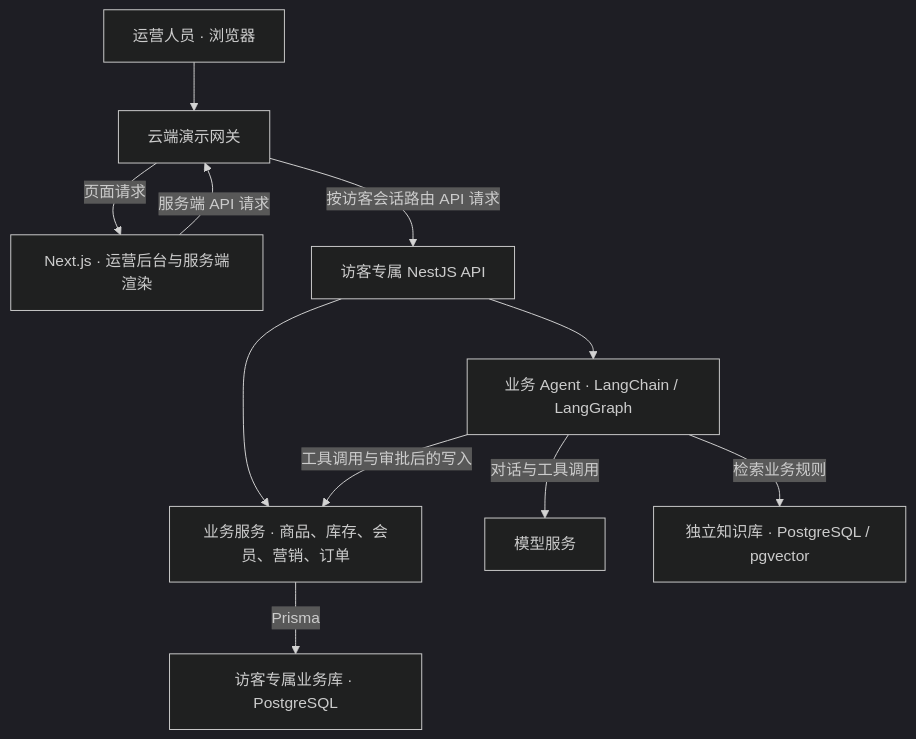
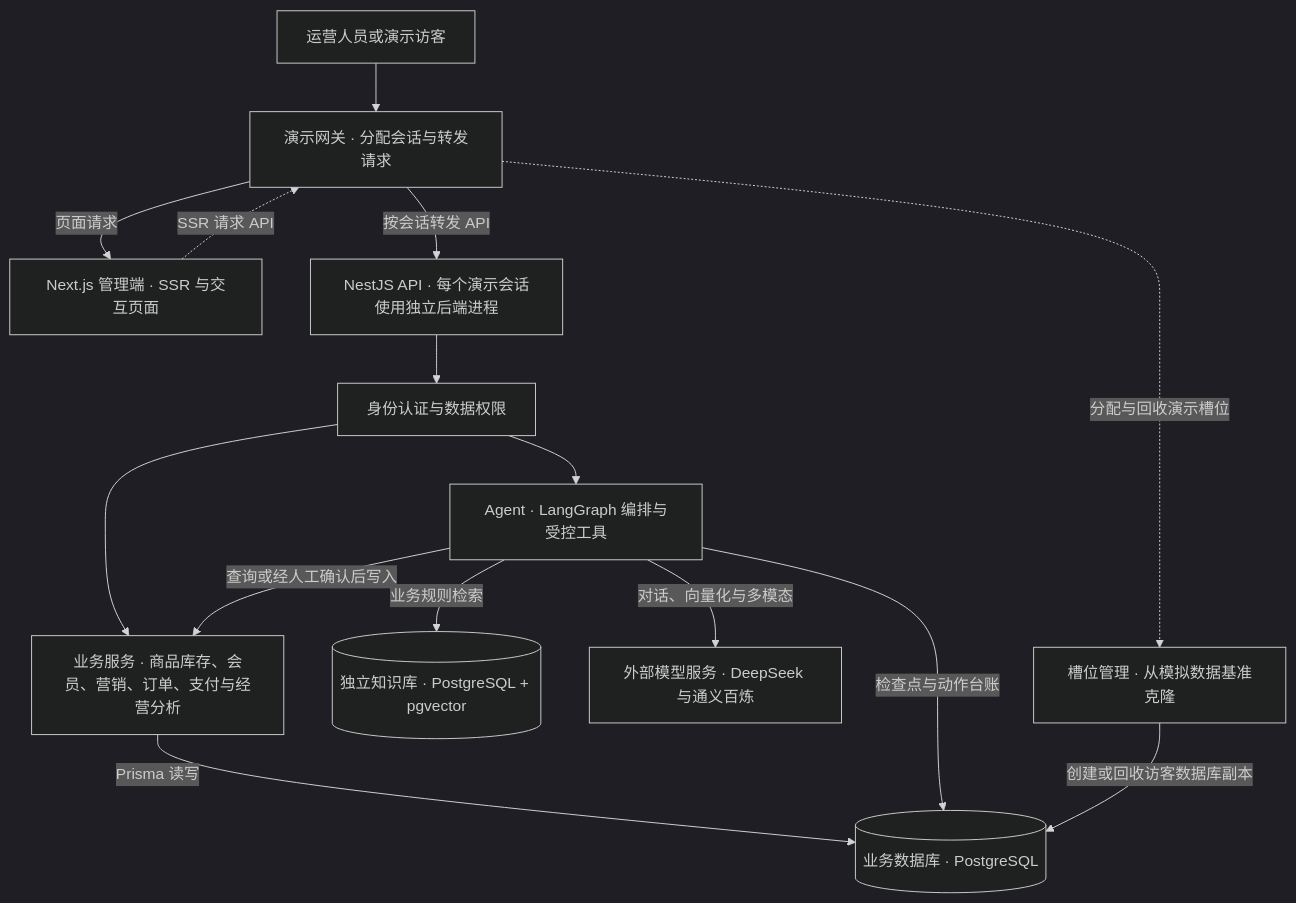
One commit to MMMMMrClown/commerce-assistant-showcase changed the first of 2 diagrams in README.md. Above: the diagram before and after it, drawn with Mermaid (dark theme). The commit also changed other lines of this file, not shown here.

Commit message:
Present commerce and Agent as two showcase tracks

````diff
--- a/README.md
+++ b/README.md
@@ -21,13 +24,17 @@
 ```mermaid
 flowchart TD
-    Browser["运营人员 · 浏览器"] --> Gateway["云端演示网关"]
-    Gateway -->|"页面请求"| Web["Next.js · 运营后台与服务端渲染"]
-    Web -->|"服务端 API 请求"| Gateway
-    Gateway -->|"按访客会话路由 API 请求"| Api["访客专属 NestJS API"]
-    Api --> Business["业务服务 · 商品、库存、会员、营销、订单"]
-    Api --> Agent["业务 Agent · LangChain / LangGraph"]
-    Agent -->|"对话与工具调用"| Model["模型服务"]
-    Agent -->|"检索业务规则"| Knowledge["独立知识库 · PostgreSQL / pgvector"]
-    Agent -->|"工具调用与审批后的写入"| Business
-    Business -->|"Prisma"| Database["访客专属业务库 · PostgreSQL"]
+    Browser["运营人员或演示访客"] --> Gateway["演示网关 · 分配会话与转发请求"]
+    Gateway -->|页面请求| Web["Next.js 管理端 · SSR 与交互页面"]
+    Web -.->|SSR 请求 API| Gateway
+    Gateway -->|按会话转发 API| Api["NestJS API · 每个演示会话使用独立后端进程"]
+    Api --> Auth["身份认证与数据权限"]
+    Auth --> Business["业务服务 · 商品库存、会员、营销、订单、支付与经营分析"]
+    Auth --> Agent["Agent · LangGraph 编排与受控工具"]
+    Agent -->|查询或经人工确认后写入| Business
+    Agent -->|业务规则检索| Knowledge[("独立知识库 · PostgreSQL + pgvector")]
+    Agent -->|对话、向量化与多模态| Models["外部模型服务 · DeepSeek 与通义百炼"]
+    Business -->|Prisma 读写| BusinessDb[("业务数据库 · PostgreSQL")]
+    Agent -->|检查点与动作台账| BusinessDb
+    Gateway -.->|分配与回收演示槽位| Reset["槽位管理 · 从模拟数据基准克隆"]
+    Reset -->|创建或回收访客数据库副本| BusinessDb
 ```
````
